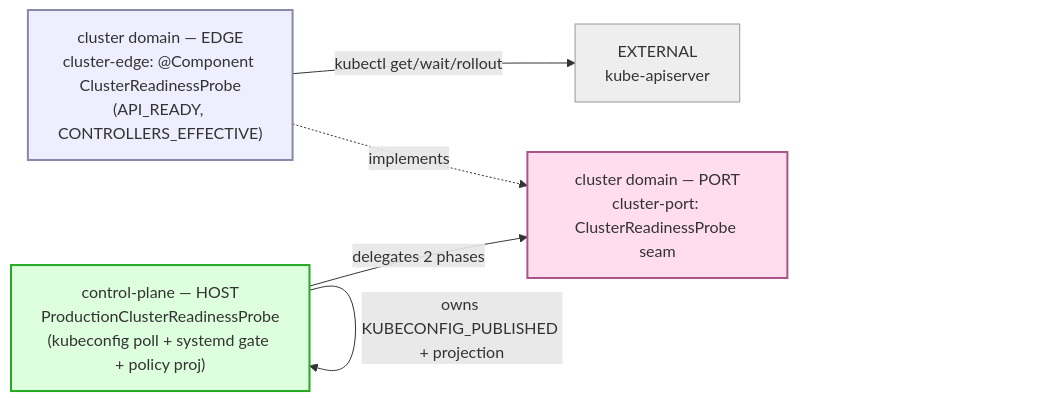
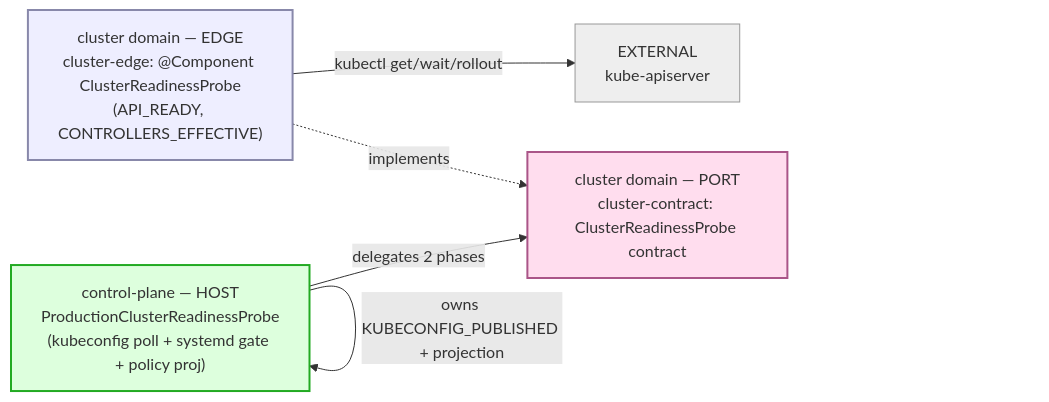
The third of 5 diagrams in docs/architecture/osgi/cluster-edge-spec.adoc (nxmatic/rke2lab), drawn with Mermaid before and after one commit. The commit also changed other lines of this file and 25 other files, not shown here.

```diff
--- a/docs/architecture/osgi/cluster-edge-spec.adoc
+++ b/docs/architecture/osgi/cluster-edge-spec.adoc
@@ -143,20 +143,20 @@
 [mermaid]
 ....
 flowchart LR
   world["EXTERNAL<br/>kube-apiserver"]
   edge["cluster domain — EDGE<br/>cluster-edge: @Component ClusterReadinessProbe<br/>(API_READY, CONTROLLERS_EFFECTIVE)"]
-  cport["cluster domain — PORT<br/>cluster-port: ClusterReadinessProbe seam"]
+  cport["cluster domain — PORT<br/>cluster-contract: ClusterReadinessProbe contract"]
   host["control-plane — HOST<br/>ProductionClusterReadinessProbe<br/>(kubeconfig poll + systemd gate + policy proj)"]
   edge -->|kubectl get/wait/rollout| world
   edge -.->|implements| cport
   host -->|delegates 2 phases| cport
   host -->|owns KUBECONFIG_PUBLISHED + projection| host
   classDef e fill:#eef,stroke:#88a,stroke-width:2px;
   classDef p fill:#fde,stroke:#a58,stroke-width:2px;
   classDef h fill:#dfd,stroke:#2a2,stroke-width:2px;
   classDef w fill:#eee,stroke:#999,stroke-width:1px;
   class edge e;
   class cport p;
   class host h;
   class world w;
 ....
```
